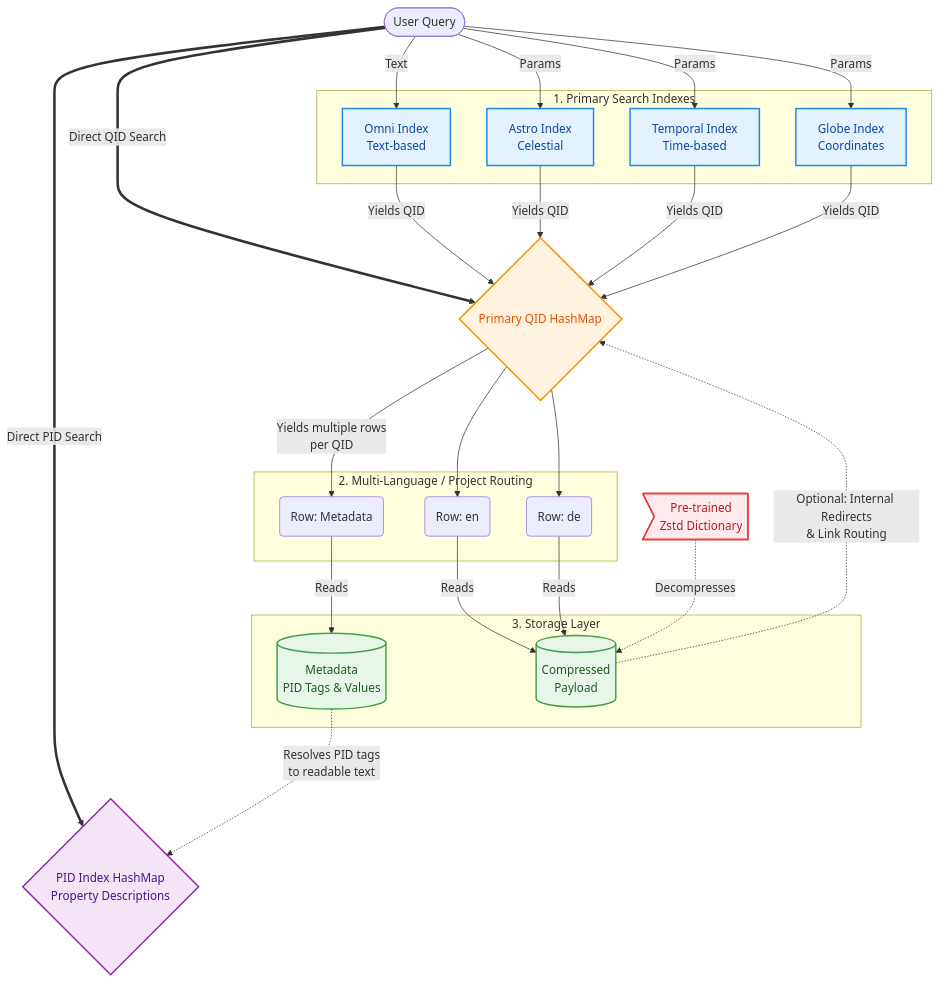
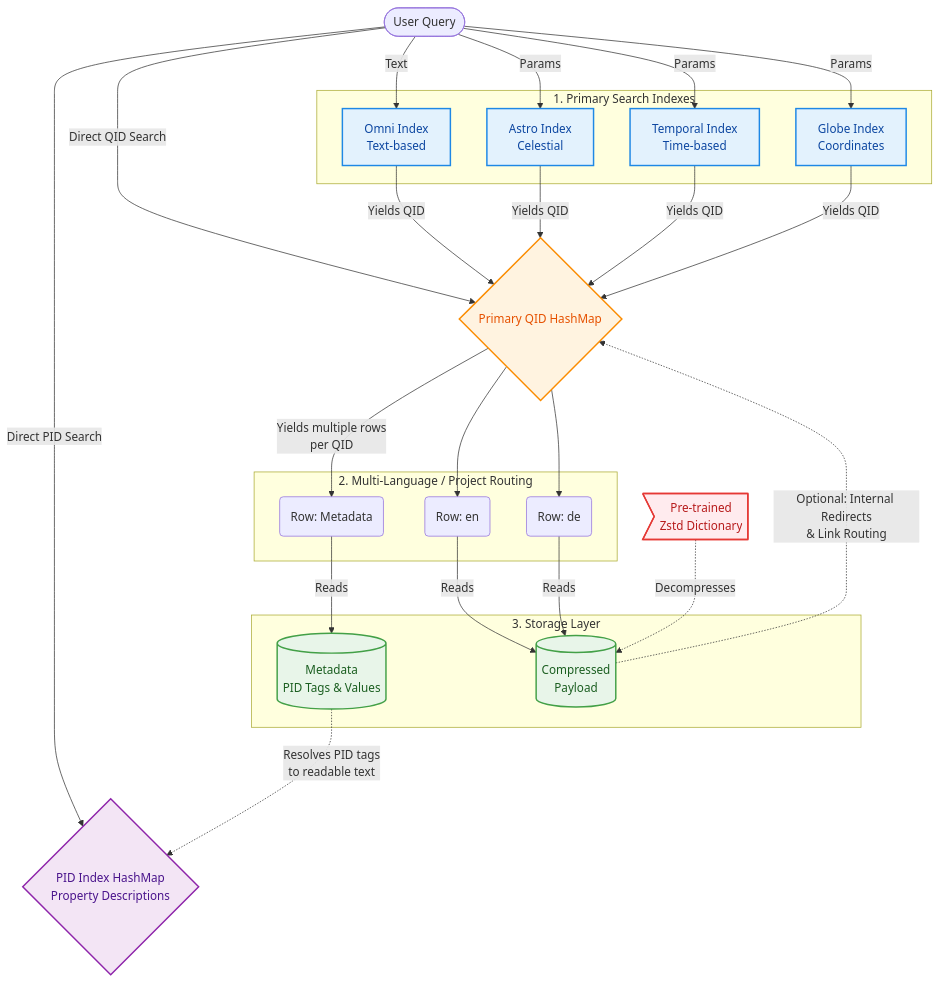
Before and after one commit to jmueller209/WIKI_PDA: the diagram in README.md, drawn with Mermaid.

````diff
--- a/README.md
+++ b/README.md
@@ -16,62 +16,62 @@
 ```mermaid
 flowchart TD
     %% Color Palette Definition
     classDef search fill:#e3f2fd,stroke:#1e88e5,stroke-width:2px,color:#0d47a1
     classDef memory fill:#fff3e0,stroke:#fb8c00,stroke-width:2px,color:#e65100
     classDef storage fill:#e8f5e9,stroke:#43a047,stroke-width:2px,color:#1b5e20
     classDef meta fill:#f3e5f5,stroke:#8e24aa,stroke-width:2px,color:#4a148c
     classDef tool fill:#ffebee,stroke:#e53935,stroke-width:2px,color:#b71c1c
 
     User([User Query])
 
     subgraph Phase1 [1. Primary Search Indexes]
         OS[Omni Index<br>Text-based]:::search
         AS[Astro Index<br>Celestial]:::search
         TS[Temporal Index<br>Time-based]:::search
         CS[Globe Index<br>Coordinates]:::search
     end
 
     %% Normal Search Routes
     User -->|Text| OS
     User -->|Params| AS
     User -->|Params| TS
     User -->|Params| CS
 
     %% Direct ID Search Routes (Bypassing Phase 1)
-    User ==>|Direct QID Search| HM
-    User ==>|Direct PID Search| PID
+    User -->|Direct QID Search| HM
+    User -->|Direct PID Search| PID
 
     HM{Primary QID HashMap}:::memory
     
     OS -->|Yields QID| HM
     AS -->|Yields QID| HM
     TS -->|Yields QID| HM
     CS -->|Yields QID| HM
 
     subgraph Phase2 [2. Multi-Language / Project Routing]
         R1(Row: Metadata)
         R2(Row: en)
         R3(Row: de)
     end
 
     HM -->|Yields multiple rows<br>per QID| R1
     HM --> R2
     HM --> R3
 
     subgraph Phase3 [3. Storage Layer]
         MD[(Metadata<br>PID Tags & Values)]:::storage
         DAT[(Compressed<br>Payload)]:::storage
     end
 
     R1 -->|Reads| MD
     R2 -->|Reads| DAT
     R3 -->|Reads| DAT
 
     PID{PID Index HashMap<br>Property Descriptions}:::meta
     MD -.->|Resolves PID tags<br>to readable text| PID
 
     DAT -.->|Optional: Internal Redirects<br>& Link Routing| HM
 
     ZDICT>Pre-trained<br>Zstd Dictionary]:::tool
     ZDICT -.->|Decompresses| DAT
 ```
````
